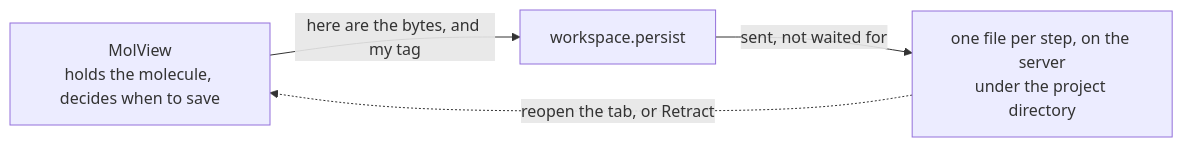
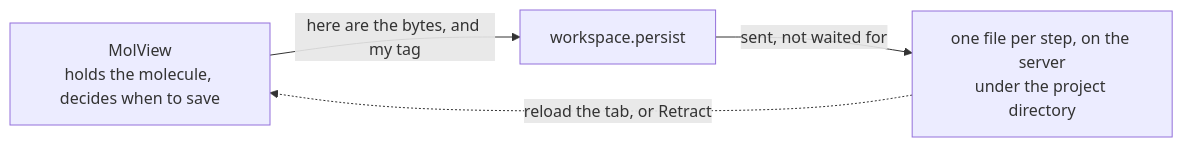
One commit to Qing-LAB/molbuilder changed the diagram in docs/web/workspace.md. Above: the diagram before and after it, drawn with Mermaid. The commit also changed other lines of this file and 15 other files, not shown here.

````diff
--- a/docs/web/workspace.md
+++ b/docs/web/workspace.md
@@ -55,9 +55,9 @@
 ```mermaid
 flowchart LR
     MV["MolView<br/>holds the molecule, decides when to save"]
     WS["workspace.persist"]
     F["one file per step, on the server<br/>under the project directory"]
     MV -->|"here are the bytes, and my tag"| WS
     WS -->|"sent, not waited for"| F
-    F -.->|"reopen the tab, or Retract"| MV
+    F -.->|"reload the tab, or Retract"| MV
 ```
````
